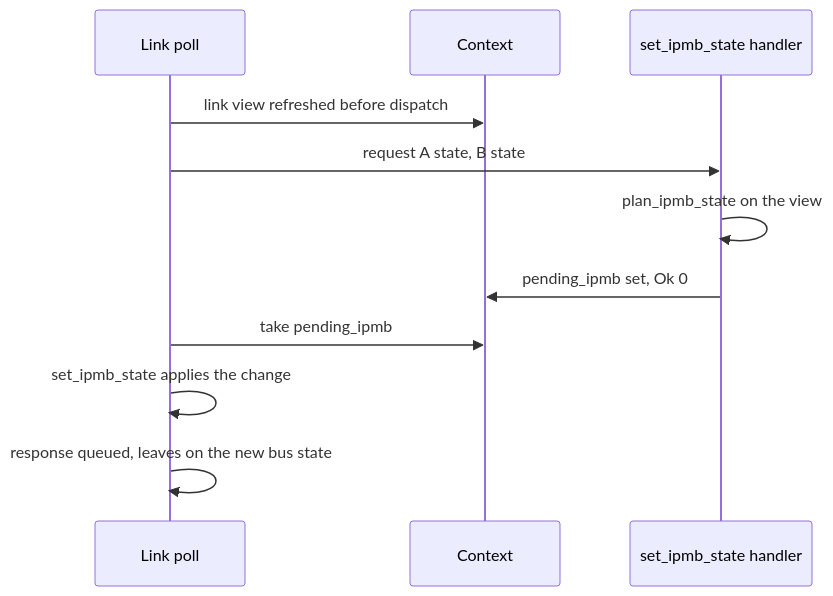
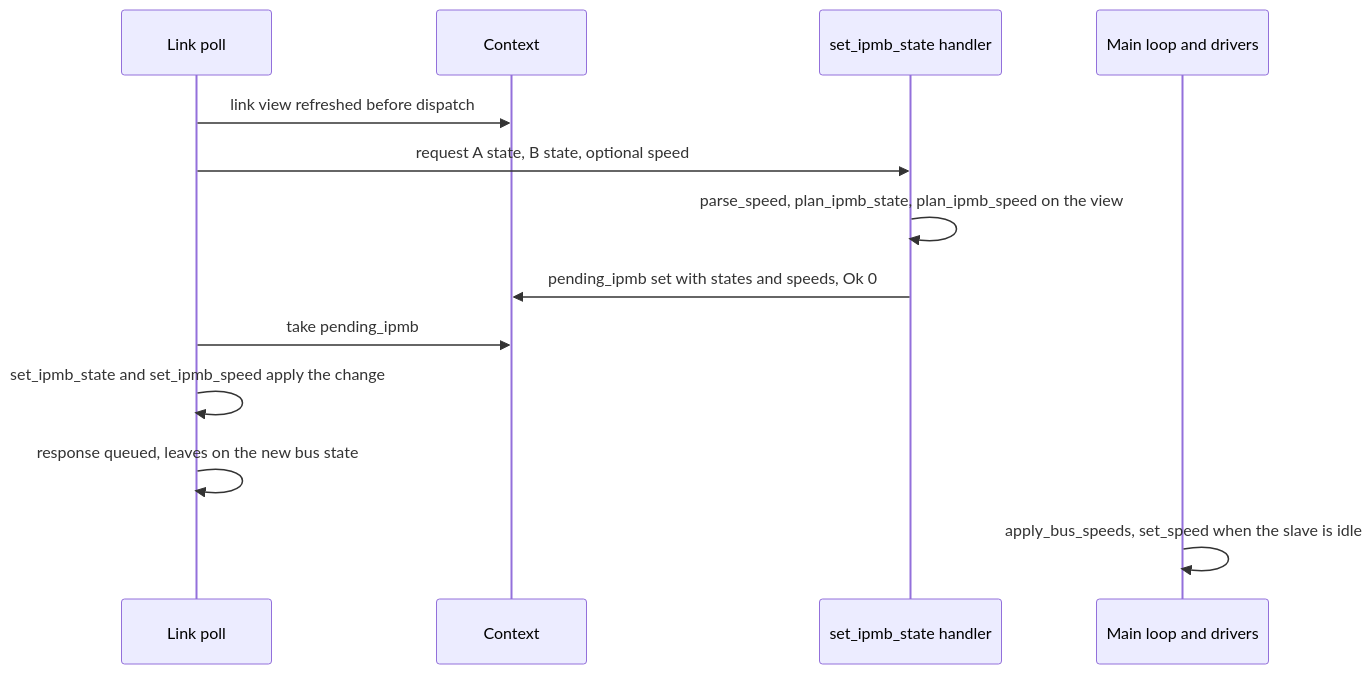
Before and after one commit to ironkernel01/IPMIRustFRU: the eighth of 9 diagrams in Documentation/ipmc_software_spec.md, drawn with Mermaid. The commit also changed other lines of this file and 47 other files, not shown here.

````diff
--- a/Documentation/ipmc_software_spec.md
+++ b/Documentation/ipmc_software_spec.md
@@ -1471,13 +1712,15 @@
 ```mermaid
 sequenceDiagram
     participant LNK as Link poll
     participant CTX as Context
     participant H as set_ipmb_state handler
+    participant D as Main loop and drivers
     LNK->>CTX: link view refreshed before dispatch
-    LNK->>H: request A state, B state
-    H->>H: plan_ipmb_state on the view
-    H->>CTX: pending_ipmb set, Ok 0
+    LNK->>H: request A state, B state, optional speed
+    H->>H: parse_speed, plan_ipmb_state, plan_ipmb_speed on the view
+    H->>CTX: pending_ipmb set with states and speeds, Ok 0
     LNK->>CTX: take pending_ipmb
-    LNK->>LNK: set_ipmb_state applies the change
+    LNK->>LNK: set_ipmb_state and set_ipmb_speed apply the change
     LNK->>LNK: response queued, leaves on the new bus state
+    D->>D: apply_bus_speeds, set_speed when the slave is idle
 ```
````
